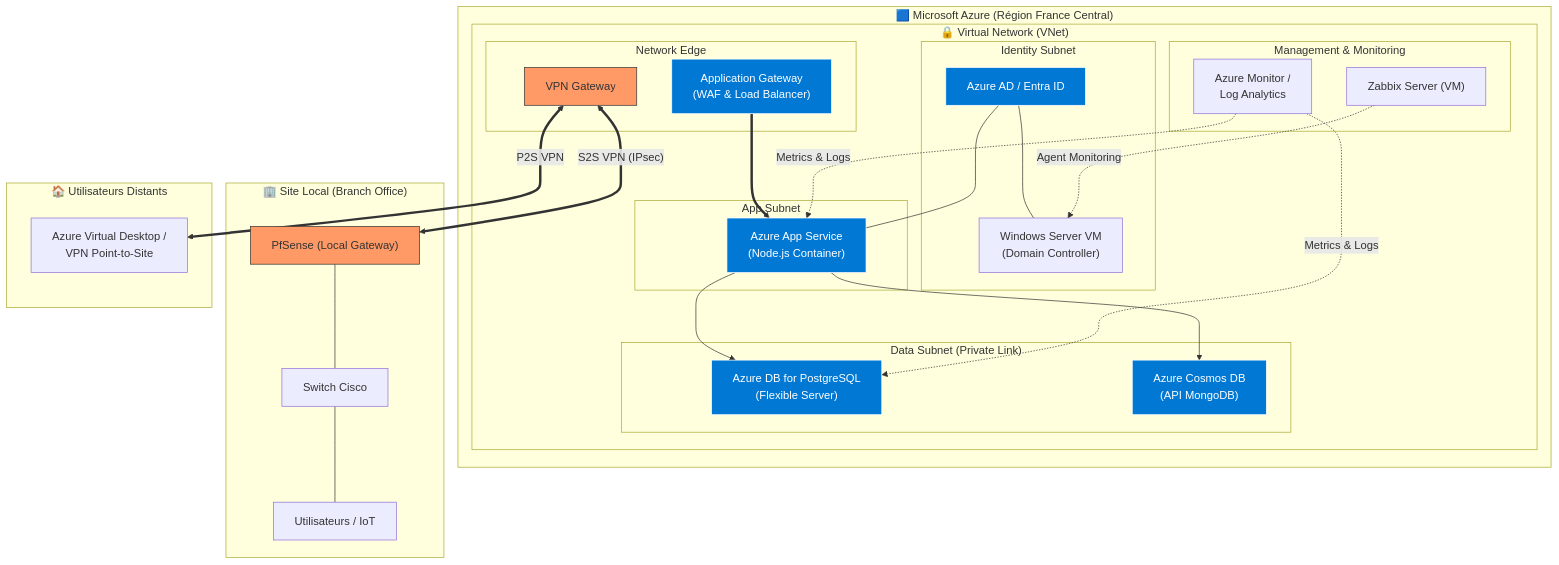
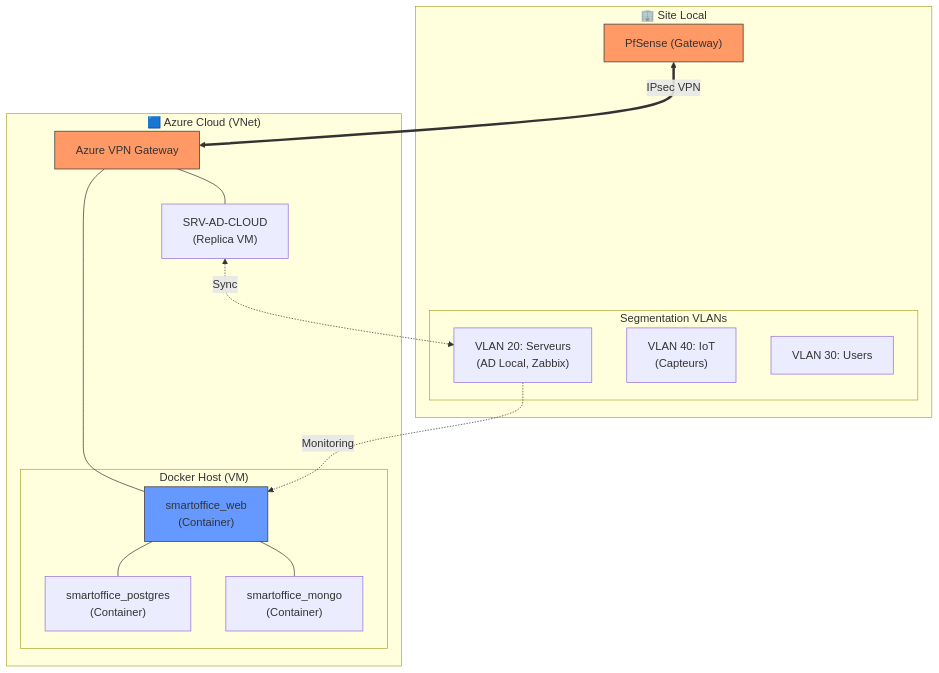
One commit to supermedmed-hash/B3_MFA_ILYES_OCEANE changed the diagram in docs/schemas/infrastructure_globale.md. Above: the diagram before and after it, drawn with Mermaid. The commit also changed other lines of this file and 2 other files, not shown here.

Commit message:
docs: finalize architecture diagrams based on actual implementation

````diff
--- a/docs/schemas/infrastructure_globale.md
+++ b/docs/schemas/infrastructure_globale.md
@@ -7,69 +7,37 @@
 ```mermaid
-graph TB
-    subgraph "🟦 Microsoft Azure (Région France Central)"
-        subgraph "🔒 Virtual Network (VNet)"
-            
-            subgraph "Identity Subnet"
-                AAD["Azure AD / Entra ID"]
-                WDS["Windows Server VM\n(Domain Controller)"]
-            end
+graph TD
+    subgraph "🟦 Azure Cloud (VNet)"
+        subgraph "Docker Host (VM)"
+            WEB["smartoffice_web\n(Container)"]
+            PG["smartoffice_postgres\n(Container)"]
+            MG["smartoffice_mongo\n(Container)"]
+        end
+        DC_AZ["SRV-AD-CLOUD\n(Replica VM)"]
+        VGW["Azure VPN Gateway"]
+    end
 
-            subgraph "App Subnet"
-                WEB["Azure App Service\n(Node.js Container)"]
-            end
-
-            subgraph "Data Subnet (Private Link)"
-                PG["Azure DB for PostgreSQL\n(Flexible Server)"]
-                MG["Azure Cosmos DB\n(API MongoDB)"]
-            end
-
-            subgraph "Management & Monitoring"
-                AZM["Azure Monitor /\nLog Analytics"]
-                ZBX["Zabbix Server (VM)"]
-            end
-
-            subgraph "Network Edge"
-                AGW["Application Gateway\n(WAF & Load Balancer)"]
-                VGW["VPN Gateway"]
-            end
+    subgraph "🏢 Site Local"
+        PFS["PfSense (Gateway)"]
+        subgraph "Segmentation VLANs"
+            V20["VLAN 20: Serveurs\n(AD Local, Zabbix)"]
+            V40["VLAN 40: IoT\n(Capteurs)"]
+            V30["VLAN 30: Users"]
         end
     end
 
-    subgraph "🏢 Site Local (Branch Office)"
-        PFS["PfSense (Local Gateway)"]
-        SW["Switch Cisco"]
-        USR["Utilisateurs / IoT"]
-    end
-
-    subgraph "🏠 Utilisateurs Distants"
-        WVD["Azure Virtual Desktop /\nVPN Point-to-Site"]
-    end
-
-    %% Connexions Cloud
-    AGW ==> WEB
-    WEB --> PG
-    WEB --> MG
-    AAD --- WEB
-    AAD --- WDS
+    %% Connexions
+    PFS <== "IPsec VPN" ==> VGW
+    VGW --- DC_AZ
+    VGW --- WEB
+    WEB --- PG
+    WEB --- MG
     
-    %% Connexions Hybrides
-    VGW <== "S2S VPN (IPsec)" ==> PFS
-    VGW <== "P2S VPN" ==> WVD
-    
-    PFS --- SW
-    SW --- USR
-
-    %% Monitoring
-    AZM -. "Metrics & Logs" .-> WEB
-    AZM -. "Metrics & Logs" .-> PG
-    ZBX -. "Agent Monitoring" .-> WDS
+    %% Monitoring & Auth
+    V20 -. "Monitoring" .-> WEB
+    DC_AZ <-. "Sync" .-> V20
 
     %% Styling
-    style AGW fill:#0078d4,stroke:#fff,color:#fff
-    style WEB fill:#0078d4,stroke:#fff,color:#fff
-    style PG fill:#0078d4,stroke:#fff,color:#fff
-    style MG fill:#0078d4,stroke:#fff,color:#fff
-    style AAD fill:#0078d4,stroke:#fff,color:#fff
+    style PFS fill:#f96,stroke:#333
     style VGW fill:#f96,stroke:#333
-    style PFS fill:#f96,stroke:#333
+    style WEB fill:#69f,stroke:#333
 ```
````
